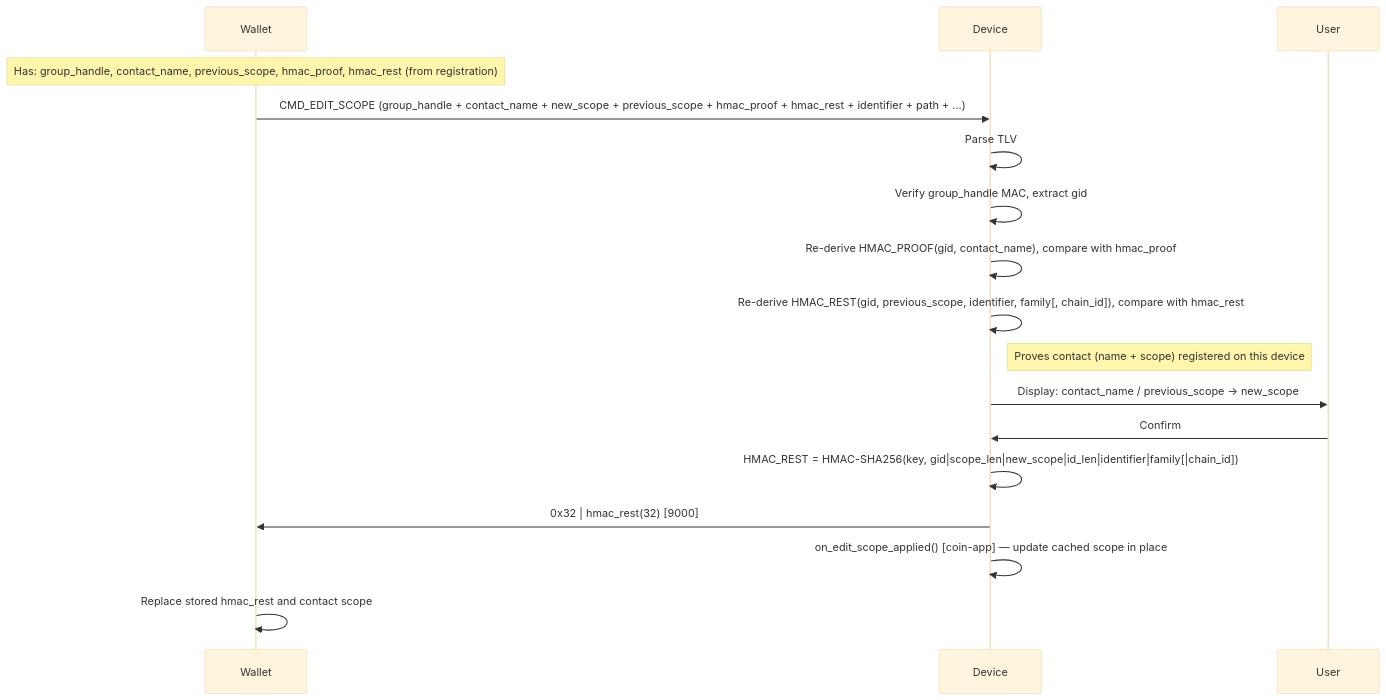
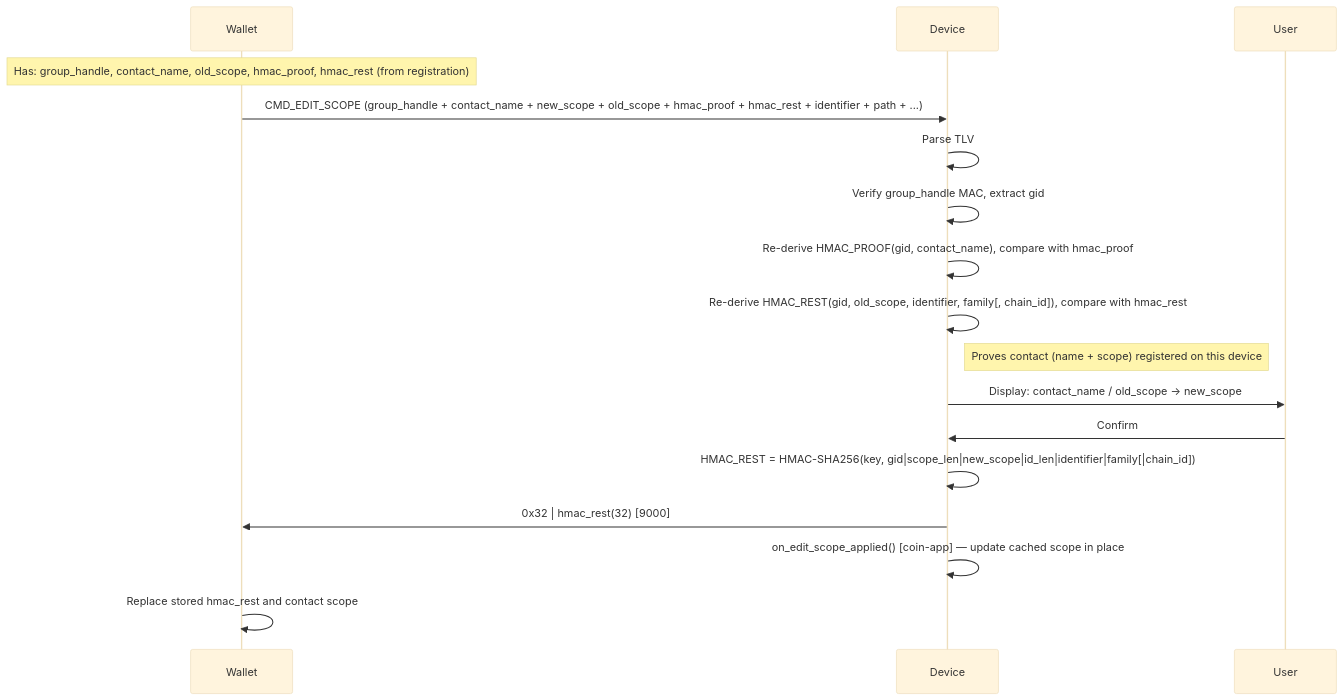
The sixth of 10 diagrams in app_features/address_book/doc/address_book_spec.md (LedgerHQ/ledger-secure-sdk), drawn with Mermaid (base theme) before and after one commit. The commit also changed other lines of this file and 9 other files, not shown here.

Commit message:
Change 'Previous' by 'Old'

````diff
--- a/app_features/address_book/doc/address_book_spec.md
+++ b/app_features/address_book/doc/address_book_spec.md
@@ -479,17 +479,17 @@
 ```mermaid
 sequenceDiagram
 
-    Note over Wallet: Has: group_handle, contact_name, previous_scope, hmac_proof, hmac_rest (from registration)
-    Wallet->>Device: CMD_EDIT_SCOPE (group_handle + contact_name + new_scope + previous_scope + hmac_proof + hmac_rest + identifier + path + ...)
+    Note over Wallet: Has: group_handle, contact_name, old_scope, hmac_proof, hmac_rest (from registration)
+    Wallet->>Device: CMD_EDIT_SCOPE (group_handle + contact_name + new_scope + old_scope + hmac_proof + hmac_rest + identifier + path + ...)
     Device->>Device: Parse TLV
     Device->>Device: Verify group_handle MAC, extract gid
     Device->>Device: Re-derive HMAC_PROOF(gid, contact_name), compare with hmac_proof
-    Device->>Device: Re-derive HMAC_REST(gid, previous_scope, identifier, family[, chain_id]), compare with hmac_rest
+    Device->>Device: Re-derive HMAC_REST(gid, old_scope, identifier, family[, chain_id]), compare with hmac_rest
     Note right of Device: Proves contact (name + scope) registered on this device
-    Device->>User: Display: contact_name / previous_scope → new_scope
+    Device->>User: Display: contact_name / old_scope → new_scope
     User->>Device: Confirm
     Device->>Device: HMAC_REST = HMAC-SHA256(key, gid|scope_len|new_scope|id_len|identifier|family[|chain_id])
     Device->>Wallet: 0x32 | hmac_rest(32)  [9000]
     Device->>Device: on_edit_scope_applied() [coin-app] — update cached scope in place
     Wallet->>Wallet: Replace stored hmac_rest and contact scope
 ```
````
